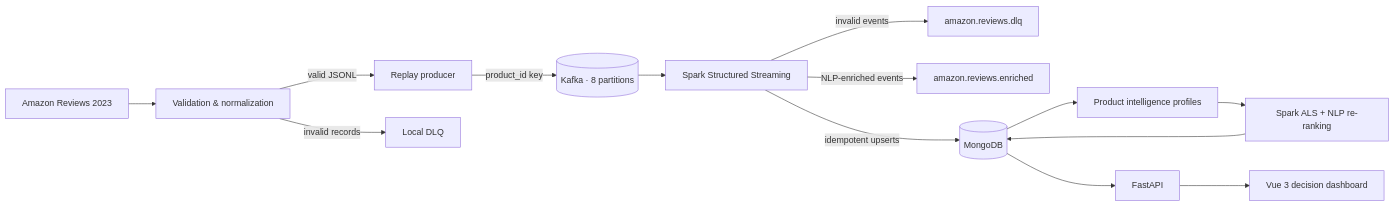
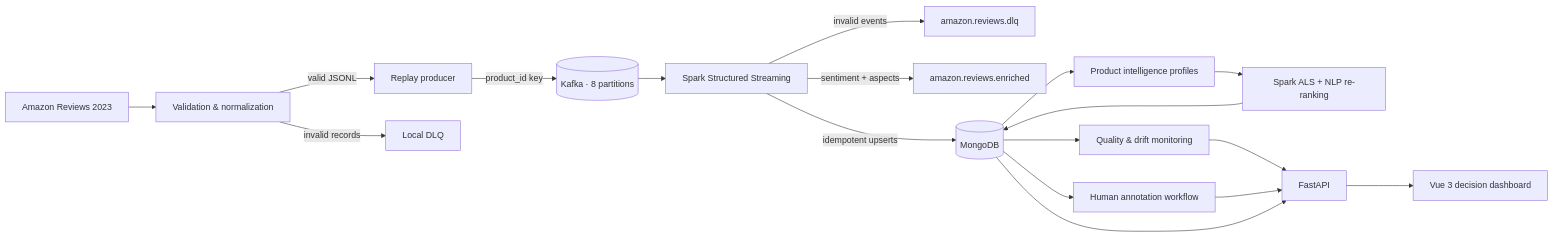
One commit to btissam75/amazon-review-intelligence changed the diagram in README.md. Above: the diagram before and after it, drawn with Mermaid. The commit also changed other lines of this file, not shown here.

````diff
--- a/README.md
+++ b/README.md
@@ -70,16 +95,20 @@
 ```mermaid
 flowchart LR
     A[Amazon Reviews 2023] --> B[Validation & normalization]
     B -->|valid JSONL| C[Replay producer]
     B -->|invalid records| DLQ1[Local DLQ]
     C -->|product_id key| K[(Kafka · 8 partitions)]
     K --> S[Spark Structured Streaming]
     S -->|invalid events| DLQ2[amazon.reviews.dlq]
-    S -->|NLP-enriched events| E[amazon.reviews.enriched]
+    S -->|sentiment + aspects| E[amazon.reviews.enriched]
     S -->|idempotent upserts| M[(MongoDB)]
     M --> P[Product intelligence profiles]
     P --> R[Spark ALS + NLP re-ranking]
     R --> M
-    M --> API[FastAPI]
+    M --> MON[Quality & drift monitoring]
+    M --> ANN[Human annotation workflow]
+    MON --> API[FastAPI]
+    ANN --> API
+    M --> API
     API --> UI[Vue 3 decision dashboard]
 ```
````
